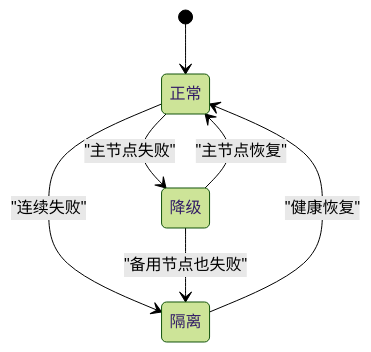
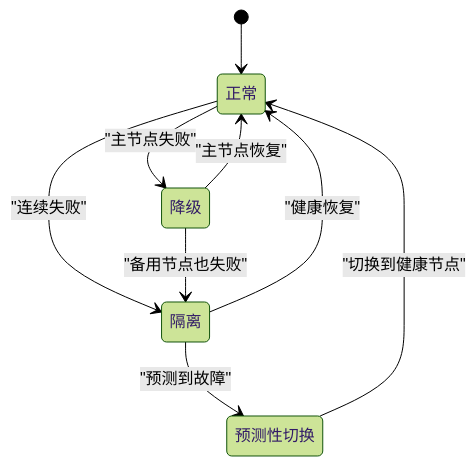
Before and after one commit to 3kaiu/config: the eighth of 10 diagrams in .qoder/repowiki/zh/content/脚本库/镜像脚本/东京节点提供商.md, drawn with Mermaid (forest theme). The commit also changed other lines of this file and 112 other files, not shown here.

````diff
--- a/.qoder/repowiki/zh/content/脚本库/镜像脚本/东京节点提供商.md
+++ b/.qoder/repowiki/zh/content/脚本库/镜像脚本/东京节点提供商.md
@@ -271,9 +353,11 @@
 ```mermaid
 stateDiagram-v2
 [*] --> 正常
 正常 --> 降级 : "主节点失败"
 降级 --> 正常 : "主节点恢复"
 正常 --> 隔离 : "连续失败"
 隔离 --> 正常 : "健康恢复"
 降级 --> 隔离 : "备用节点也失败"
+隔离 --> 预测性切换 : "预测到故障"
+预测性切换 --> 正常 : "切换到健康节点"
 ```
````
